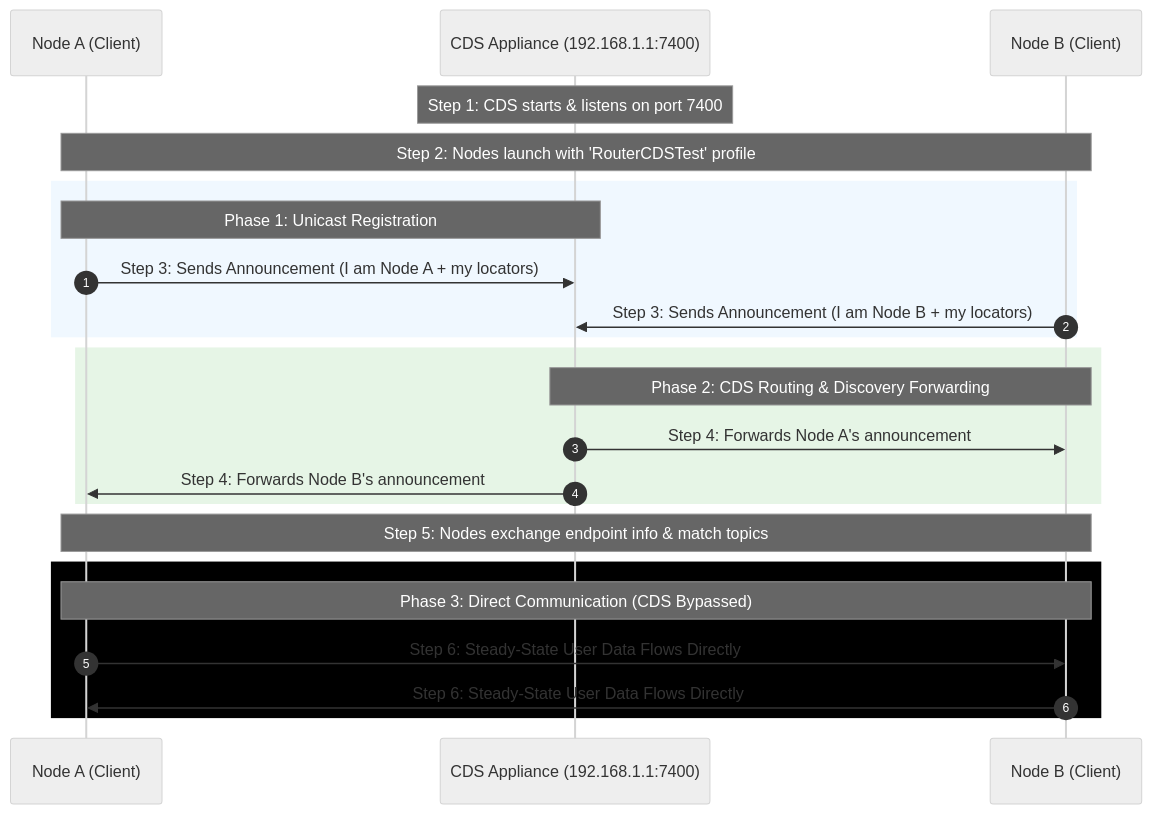
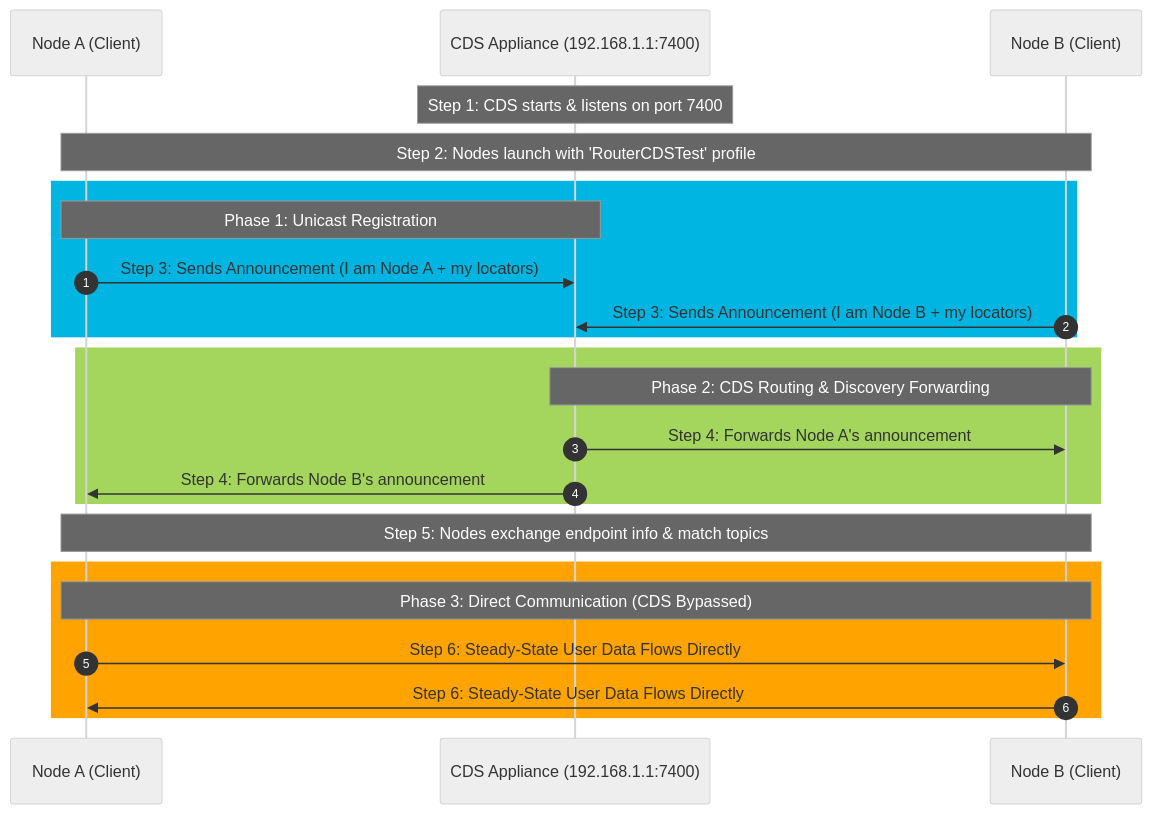
Before and after one commit to ajmhs/connext_appliance: the second of 3 diagrams in examples/1. CDS Discovery/README.md, drawn with Mermaid (neutral theme). The commit also changed other lines of this file and 8 other files, not shown here.

````diff
--- a/examples/1. CDS Discovery/README.md
+++ b/examples/1. CDS Discovery/README.md
@@ -125,30 +172,30 @@
 ```mermaid
 sequenceDiagram
     autonumber
     participant NodeA as Node A (Client)
     participant CDS as CDS Appliance (192.168.1.1:7400)
     participant NodeB as Node B (Client)
 
     Note over CDS: Step 1: CDS starts & listens on port 7400
     Note over NodeA, NodeB: Step 2: Nodes launch with 'RouterCDSTest' profile
 
-    rect rgb(240, 248, 255)
+    rect rgb(0, 181, 226)
         Note over NodeA, CDS: Phase 1: Unicast Registration
         NodeA->>CDS: Step 3: Sends Announcement (I am Node A + my locators)
         NodeB->>CDS: Step 3: Sends Announcement (I am Node B + my locators)
     end
 
-    rect rgb(230, 245, 230)
+    rect rgb(164, 214, 94)
         Note over CDS, NodeB: Phase 2: CDS Routing & Discovery Forwarding
         CDS->>NodeB: Step 4: Forwards Node A's announcement
         CDS->>NodeA: Step 4: Forwards Node B's announcement
     end
 
     Note over NodeA, NodeB: Step 5: Nodes exchange endpoint info & match topics
 
-    rect rgb(255, 243, 2cd)
+    rect rgb(255, 163, 0)
         Note over NodeA, NodeB: Phase 3: Direct Communication (CDS Bypassed)
         NodeA->>NodeB: Step 6: Steady-State User Data Flows Directly
         NodeB->>NodeA: Step 6: Steady-State User Data Flows Directly
     end
 ```
````
